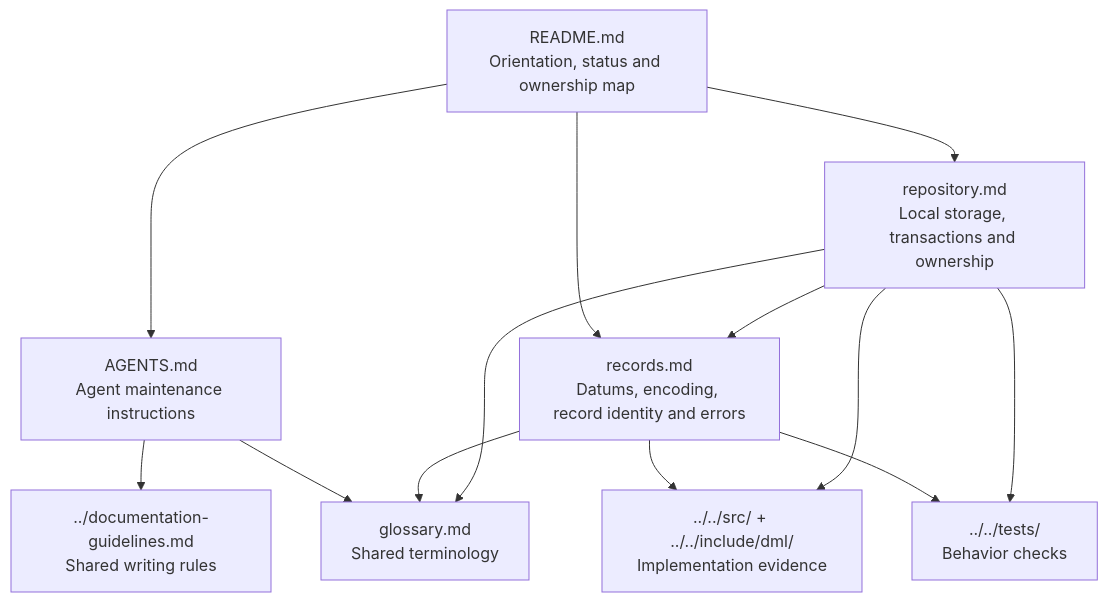
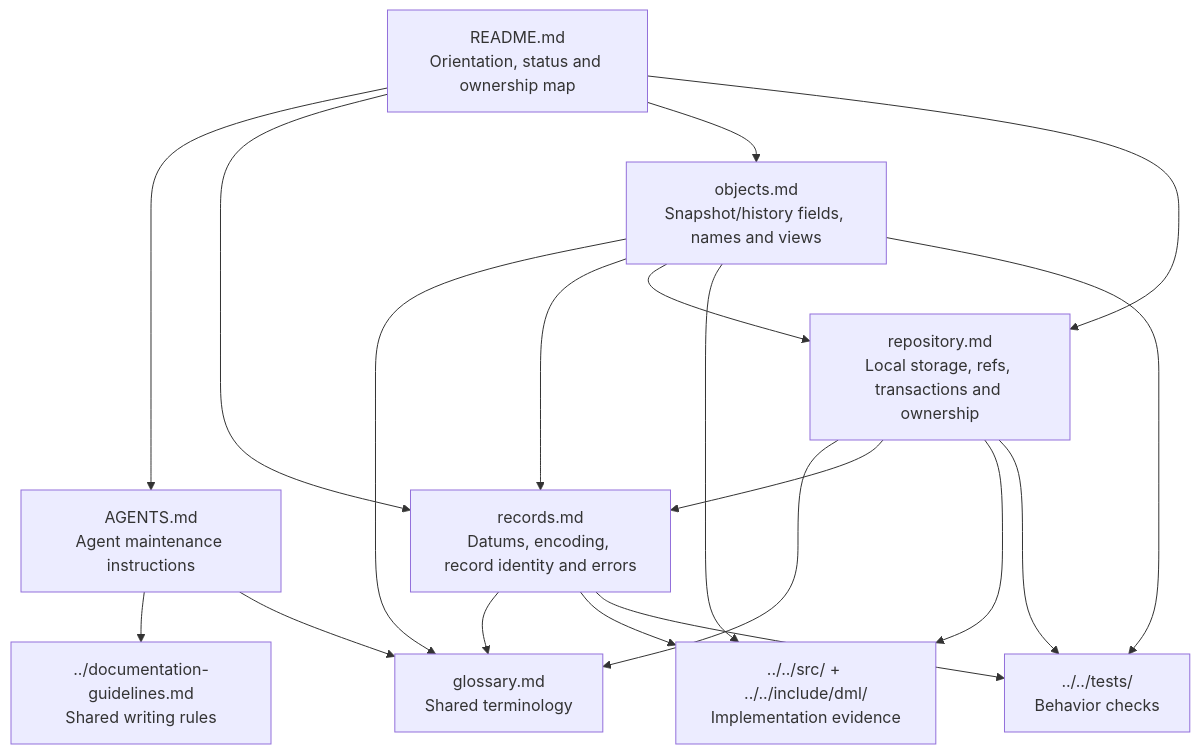
Before and after one commit to micha/dml: the diagram in docs/spec-next/README.md, drawn with Mermaid. The commit also changed other lines of this file and 17 other files, not shown here.

First line of the commit message:
Implement minimum viable snapshots, history and refs

````diff
--- a/docs/spec-next/README.md
+++ b/docs/spec-next/README.md
@@ -35,23 +35,30 @@
 ```mermaid
 flowchart TD
     README["README.md<br/>Orientation, status and ownership map"]
     AGENTS["AGENTS.md<br/>Agent maintenance instructions"]
     GUIDE["../documentation-guidelines.md<br/>Shared writing rules"]
     GLOSSARY["glossary.md<br/>Shared terminology"]
     RECORDS["records.md<br/>Datums, encoding, record identity and errors"]
-    REPO["repository.md<br/>Local storage, transactions and ownership"]
+    OBJECTS["objects.md<br/>Snapshot/history fields, names and views"]
+    REPO["repository.md<br/>Local storage, refs, transactions and ownership"]
     CODE["../../src/ + ../../include/dml/<br/>Implementation evidence"]
     TESTS["../../tests/<br/>Behavior checks"]
     README --> AGENTS
     README --> RECORDS
+    README --> OBJECTS
     README --> REPO
     AGENTS --> GUIDE
     AGENTS --> GLOSSARY
     RECORDS --> GLOSSARY
+    OBJECTS --> GLOSSARY
+    OBJECTS --> RECORDS
+    OBJECTS --> REPO
+    OBJECTS --> CODE
+    OBJECTS --> TESTS
     REPO --> GLOSSARY
     REPO --> RECORDS
     RECORDS --> CODE
     RECORDS --> TESTS
     REPO --> CODE
     REPO --> TESTS
 ```
````
